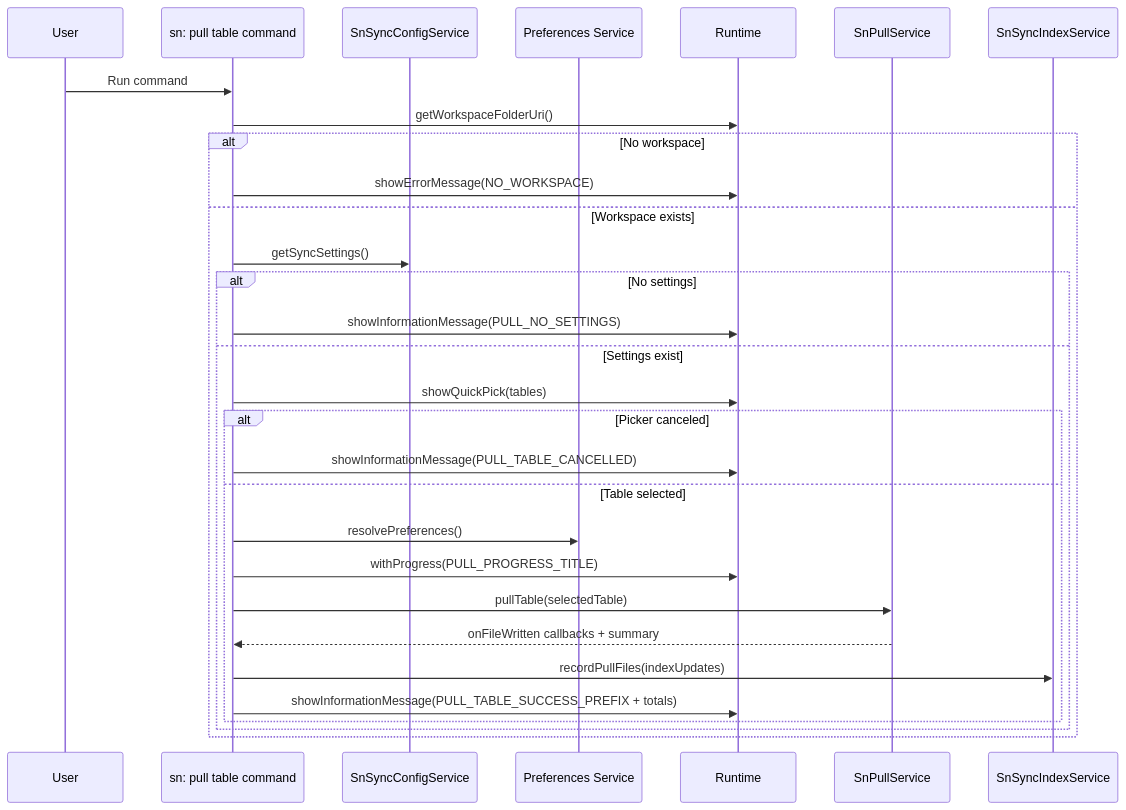
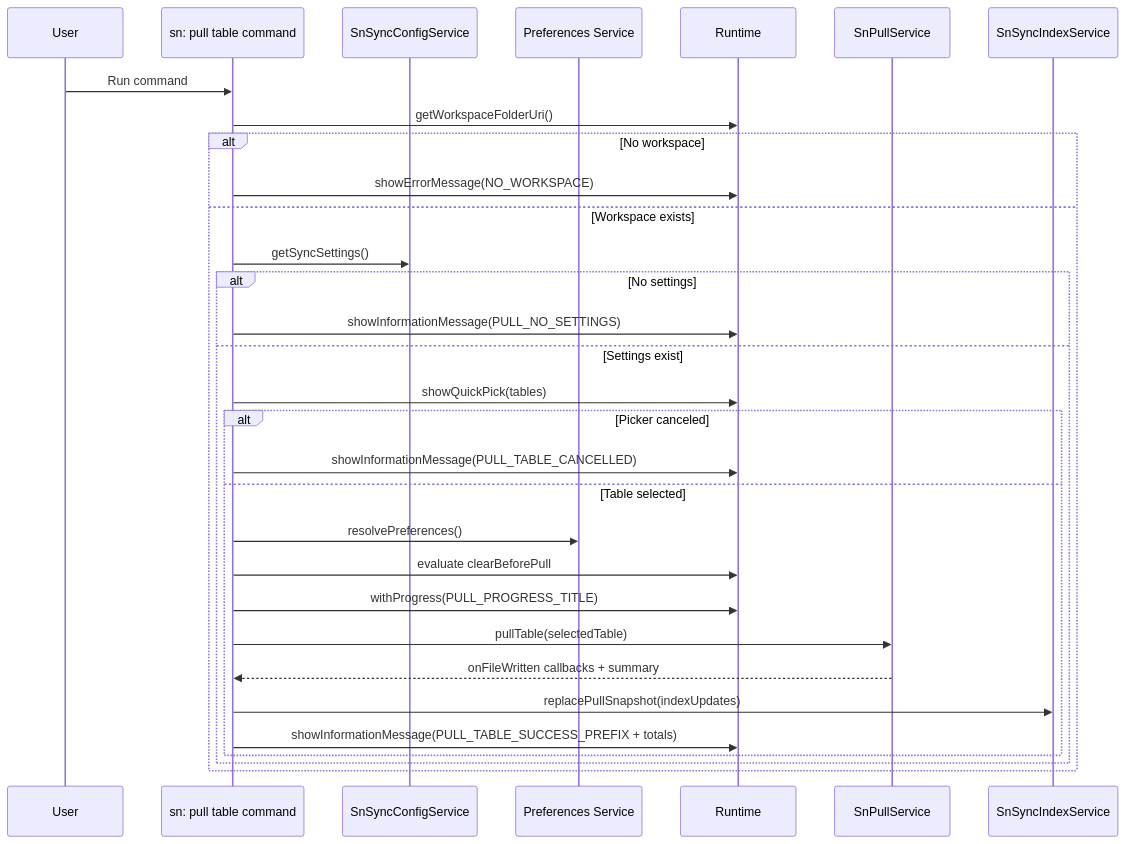
The diagram in docs/sn-pull-table.md (AlexAlvarez092/sn-sync), drawn with Mermaid before and after one commit. The commit also changed other lines of this file and 2 other files, not shown here.

Commit message:
feat(pull): align pull table with all-files behavior

````diff
--- a/docs/sn-pull-table.md
+++ b/docs/sn-pull-table.md
@@ -84,33 +91,34 @@
 ```mermaid
 sequenceDiagram
    participant U as User
    participant C as sn: pull table command
    participant CFG as SnSyncConfigService
    participant PREF as Preferences Service
    participant R as Runtime
    participant P as SnPullService
    participant I as SnSyncIndexService
 
    U->>C: Run command
    C->>R: getWorkspaceFolderUri()
    alt No workspace
       C->>R: showErrorMessage(NO_WORKSPACE)
    else Workspace exists
       C->>CFG: getSyncSettings()
       alt No settings
          C->>R: showInformationMessage(PULL_NO_SETTINGS)
       else Settings exist
          C->>R: showQuickPick(tables)
          alt Picker canceled
             C->>R: showInformationMessage(PULL_TABLE_CANCELLED)
          else Table selected
             C->>PREF: resolvePreferences()
+            C->>R: evaluate clearBeforePull
             C->>R: withProgress(PULL_PROGRESS_TITLE)
             C->>P: pullTable(selectedTable)
             P-->>C: onFileWritten callbacks + summary
-            C->>I: recordPullFiles(indexUpdates)
+            C->>I: replacePullSnapshot(indexUpdates)
             C->>R: showInformationMessage(PULL_TABLE_SUCCESS_PREFIX + totals)
          end
       end
    end
 ```
````
